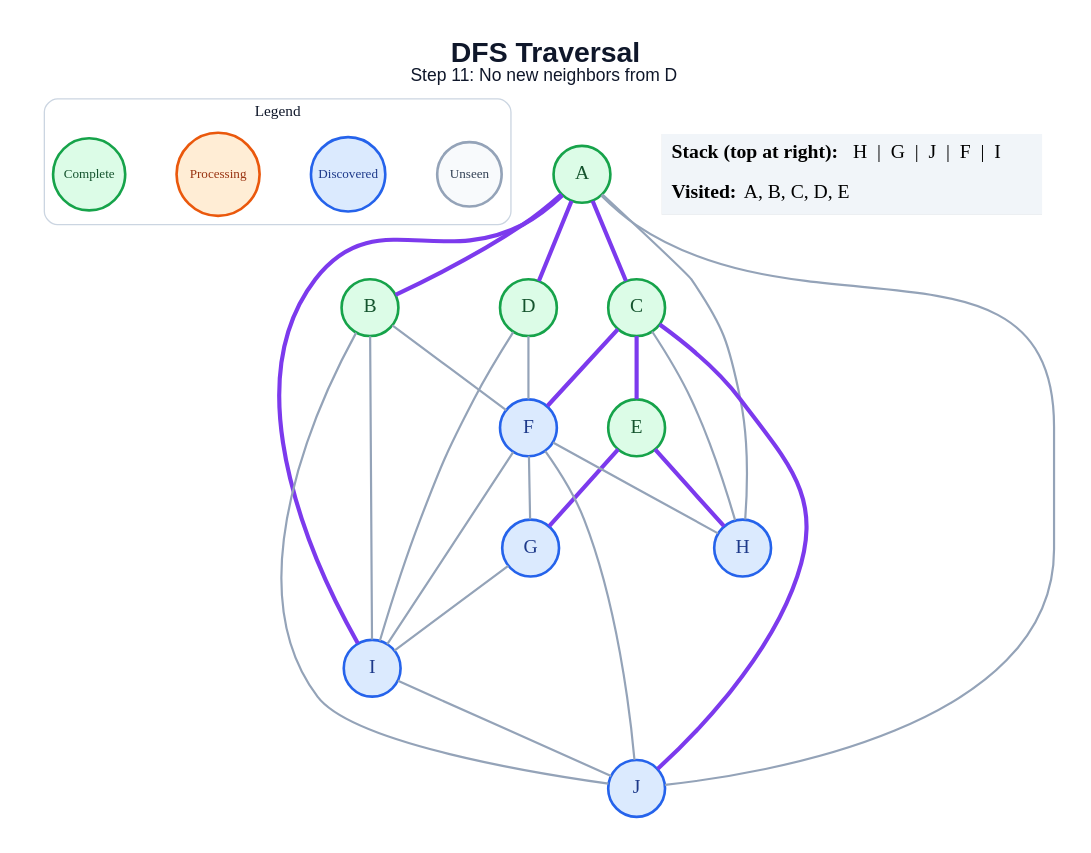
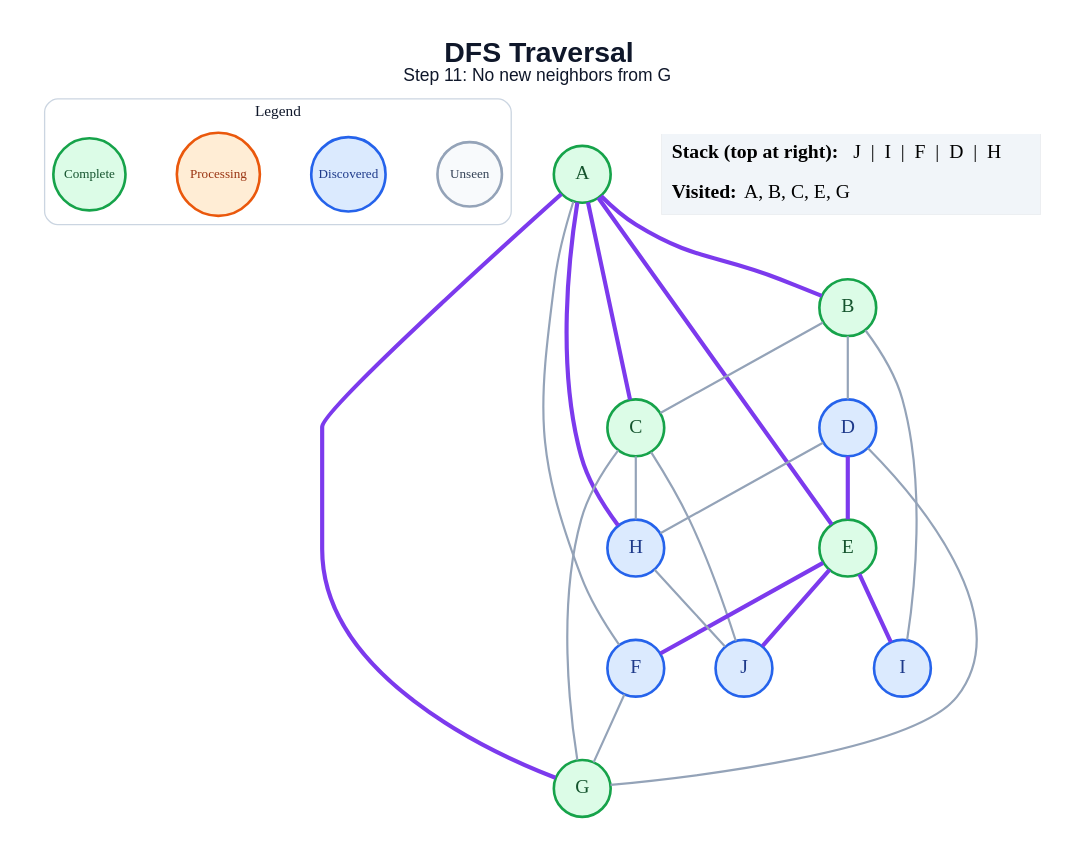
One commit to amanghodawala9/ai-slop changed the diagram in generated/specific-node/dfs/step_11.dot. Above: the diagram before and after it, drawn with Graphviz. The commit also changed 178 other files, not shown here.

```diff
--- a/generated/specific-node/dfs/step_11.dot
+++ b/generated/specific-node/dfs/step_11.dot
@@ -1,52 +1,49 @@
 graph traversal {
   graph [layout=dot, rankdir=TB, bgcolor="#FFFFFF", pad="0.35", nodesep="0.65", ranksep="0.8", fontname="Arial"];
   node [shape=circle, style="filled", fontname="Arial Bold", fontsize=18, width=0.72, fixedsize=true, penwidth=2.4];
   edge [color="#94A3B8", penwidth=2.0];
-  label=<<B>DFS Traversal</B><BR/><FONT POINT-SIZE="16">Step 11: No new neighbors from D</FONT>>; labelloc="t"; fontsize=26; fontname="Arial"; fontcolor="#0F172A";
+  label=<<B>DFS Traversal</B><BR/><FONT POINT-SIZE="16">Step 11: No new neighbors from G</FONT>>; labelloc="t"; fontsize=26; fontname="Arial"; fontcolor="#0F172A";
   subgraph cluster_legend { label="Legend"; color="#CBD5E1"; penwidth=1.2; style="rounded"; fontsize=14; fontname="Arial Bold";
     key_unseen [label="Unseen", fillcolor="#F8FAFC", color="#94A3B8", fontcolor="#334155", fontsize=12, width=0.82];
     key_frontier [label="Discovered", fillcolor="#DBEAFE", color="#2563EB", fontcolor="#1E3A8A", fontsize=12, width=0.95];
     key_current [label="Processing", fillcolor="#FFEDD5", color="#EA580C", fontcolor="#9A3412", fontsize=12, width=1.05];
     key_done [label="Complete", fillcolor="#DCFCE7", color="#16A34A", fontcolor="#14532D", fontsize=12, width=0.92];
     { rank=same; key_unseen; key_frontier; key_current; key_done; }
   }
   A [fillcolor="#DCFCE7", color="#16A34A", fontcolor="#14532D"];
   B [fillcolor="#DCFCE7", color="#16A34A", fontcolor="#14532D"];
   C [fillcolor="#DCFCE7", color="#16A34A", fontcolor="#14532D"];
-  D [fillcolor="#DCFCE7", color="#16A34A", fontcolor="#14532D"];
+  D [fillcolor="#DBEAFE", color="#2563EB", fontcolor="#1E3A8A"];
   E [fillcolor="#DCFCE7", color="#16A34A", fontcolor="#14532D"];
   F [fillcolor="#DBEAFE", color="#2563EB", fontcolor="#1E3A8A"];
-  G [fillcolor="#DBEAFE", color="#2563EB", fontcolor="#1E3A8A"];
+  G [fillcolor="#DCFCE7", color="#16A34A", fontcolor="#14532D"];
   H [fillcolor="#DBEAFE", color="#2563EB", fontcolor="#1E3A8A"];
   I [fillcolor="#DBEAFE", color="#2563EB", fontcolor="#1E3A8A"];
   J [fillcolor="#DBEAFE", color="#2563EB", fontcolor="#1E3A8A"];
   A -- B [color="#7C3AED", penwidth=3.8];
   A -- C [color="#7C3AED", penwidth=3.8];
-  A -- D [color="#7C3AED", penwidth=3.8];
-  A -- H;
-  A -- I [color="#7C3AED", penwidth=3.8];
-  A -- J;
-  B -- F;
+  A -- E [color="#7C3AED", penwidth=3.8];
+  A -- F;
+  A -- G [color="#7C3AED", penwidth=3.8];
+  A -- H [color="#7C3AED", penwidth=3.8];
+  B -- C;
+  B -- D;
   B -- I;
-  B -- J;
-  C -- E [color="#7C3AED", penwidth=3.8];
-  C -- F [color="#7C3AED", penwidth=3.8];
+  C -- G;
   C -- H;
-  C -- J [color="#7C3AED", penwidth=3.8];
-  D -- F;
-  D -- I;
-  E -- G [color="#7C3AED", penwidth=3.8];
-  E -- H [color="#7C3AED", penwidth=3.8];
+  C -- J;
+  D -- E [color="#7C3AED", penwidth=3.8];
+  D -- G;
+  D -- H;
+  E -- F [color="#7C3AED", penwidth=3.8];
+  E -- I [color="#7C3AED", penwidth=3.8];
+  E -- J [color="#7C3AED", penwidth=3.8];
   F -- G;
-  F -- H;
-  F -- I;
-  F -- J;
-  G -- I;
-  I -- J;
+  H -- J;
   status [shape=plain, fixedsize=false, width=0, height=0, margin=0, label=<
     <TABLE BORDER="0" CELLBORDER="0" CELLPADDING="7" BGCOLOR="#F1F5F9">
-      <TR><TD ALIGN="LEFT"><B>Stack (top at right):</B> H  |  G  |  J  |  F  |  I</TD></TR>
-      <TR><TD ALIGN="LEFT"><B>Visited:</B> A, B, C, D, E</TD></TR>
+      <TR><TD ALIGN="LEFT"><B>Stack (top at right):</B> J  |  I  |  F  |  D  |  H</TD></TR>
+      <TR><TD ALIGN="LEFT"><B>Visited:</B> A, B, C, E, G</TD></TR>
     </TABLE>
   >];
 }
```
